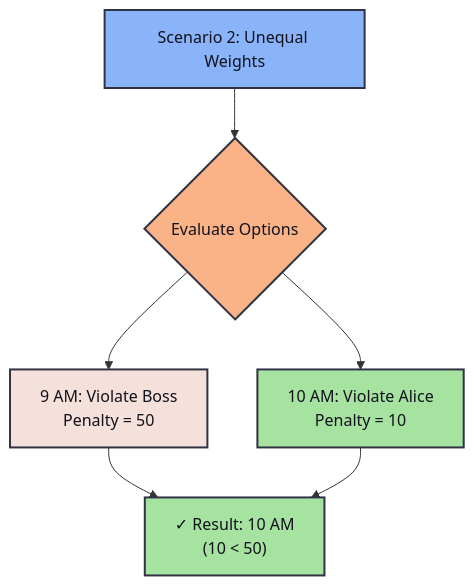
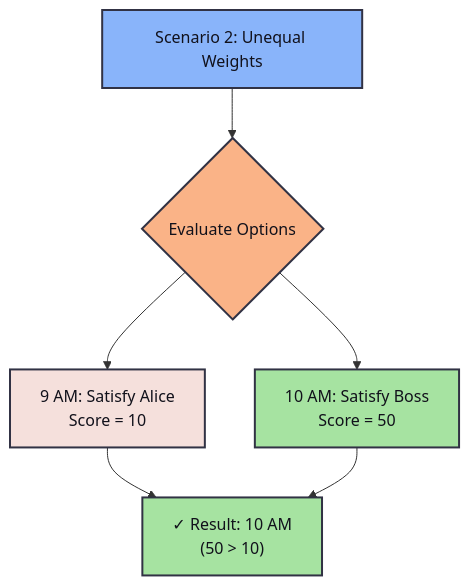
The second of 3 diagrams in part_03_optimizer/README.md (icub3d/z3-rs), drawn with Mermaid before and after one commit. The commit also changed other lines of this file and 1 other file, not shown here.

````diff
--- a/part_03_optimizer/README.md
+++ b/part_03_optimizer/README.md
@@ -99,15 +85,15 @@
 ```mermaid
 flowchart TD
     classDef default fill:#f5e0dc,stroke:#313244,stroke-width:2px,color:#11111b
     classDef highlight fill:#a6e3a1,stroke:#313244,stroke-width:2px,color:#11111b
     classDef neutral fill:#89dceb,stroke:#313244,stroke-width:2px,color:#11111b
     classDef decision fill:#fab387,stroke:#313244,stroke-width:2px,color:#11111b
     classDef scenario fill:#89b4fa,stroke:#313244,stroke-width:2px,color:#11111b
 
     Scenario2[Scenario 2: Unequal Weights]:::scenario
     Scenario2 --> S2_Options{Evaluate Options}:::decision
-    S2_Options --> S2_9AM["9 AM: Violate Boss<br/>Penalty = 50"]
-    S2_Options --> S2_10AM["10 AM: Violate Alice<br/>Penalty = 10"]:::highlight
-    S2_9AM --> S2_Result["✓ Result: 10 AM<br/>(10 < 50)"]:::highlight
+    S2_Options --> S2_9AM["9 AM: Satisfy Alice<br/>Score = 10"]
+    S2_Options --> S2_10AM["10 AM: Satisfy Boss<br/>Score = 50"]:::highlight
+    S2_9AM --> S2_Result["✓ Result: 10 AM<br/>(50 > 10)"]:::highlight
     S2_10AM --> S2_Result
 ```
````
